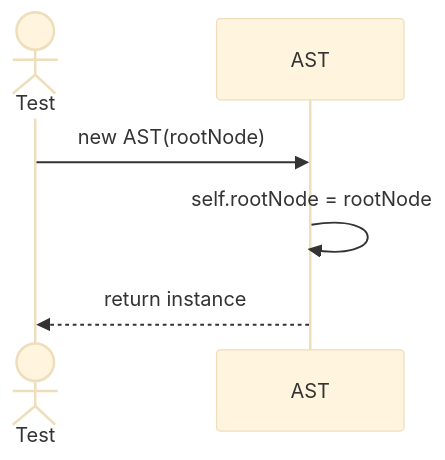
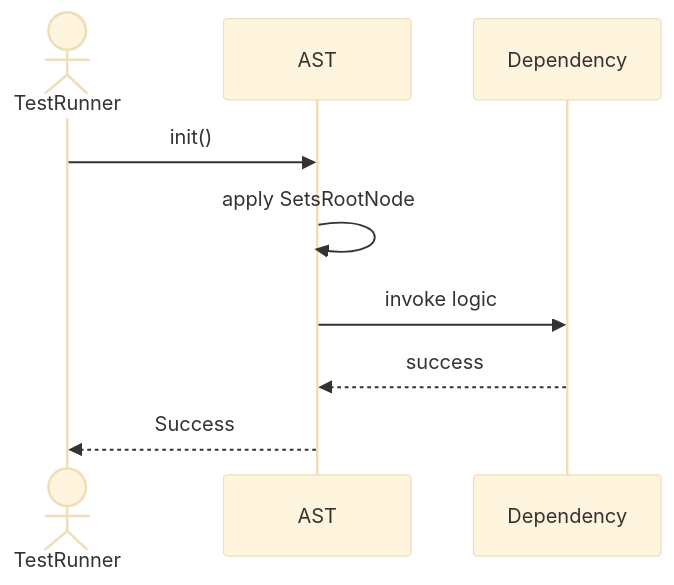
Before and after one commit to TamBui1706/DBMS: the first of 5 diagrams in Sequences/QueryProcessor/AST.md, drawn with Mermaid (base theme). The commit also changed other lines of this file and 63 other files, not shown here.

Commit message:
Draw sequence diagram for unit tests

````diff
--- a/Sequences/QueryProcessor/AST.md
+++ b/Sequences/QueryProcessor/AST.md
@@ -15,9 +18,10 @@
 ```mermaid
 sequenceDiagram
-    actor Test
+    actor TestRunner
     participant AST
-
-    Test->>AST: new AST(rootNode)
-    AST->>AST: self.rootNode = rootNode
-    AST-->>Test: return instance
+    TestRunner->>AST: init()
+    AST->>AST: apply SetsRootNode
+    AST->>Dependency: invoke logic
+    Dependency-->>AST: success
+    AST-->>TestRunner: Success
 ```
````
